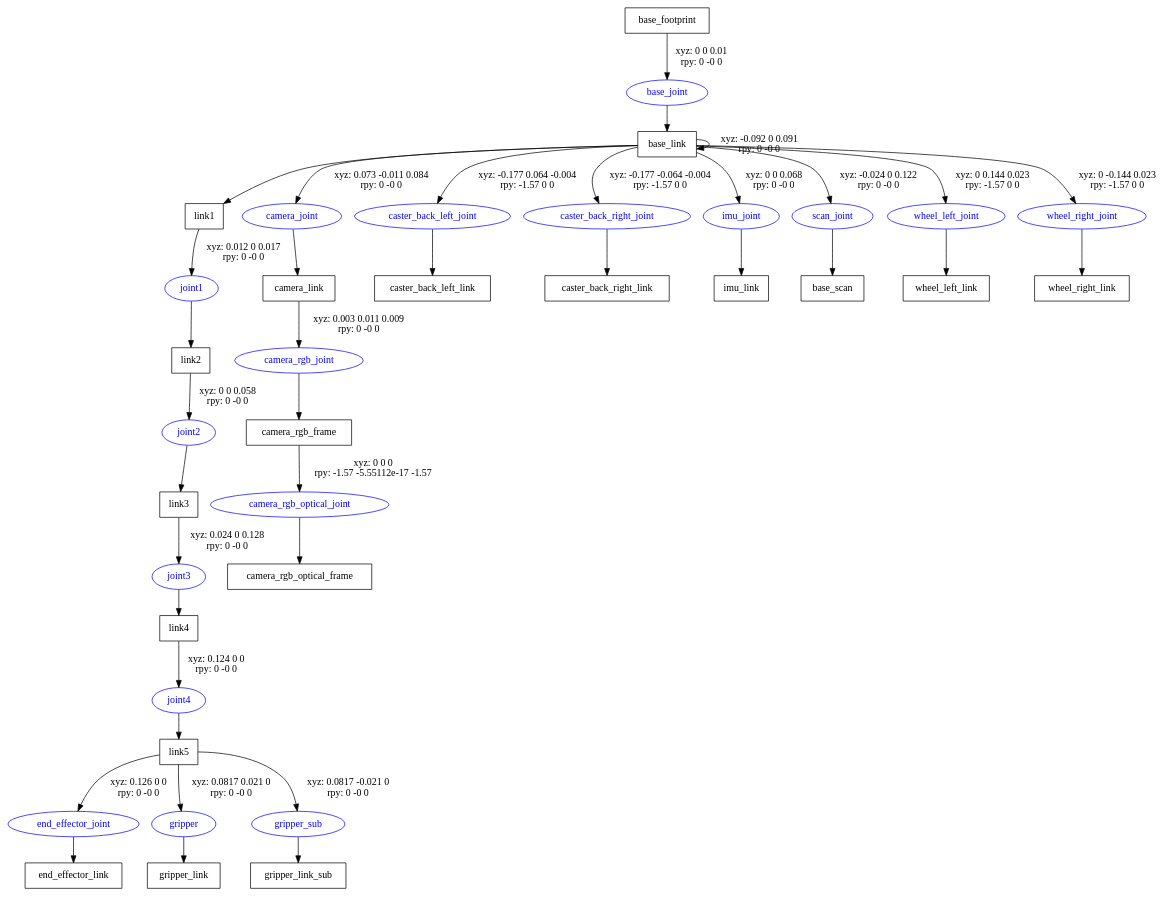
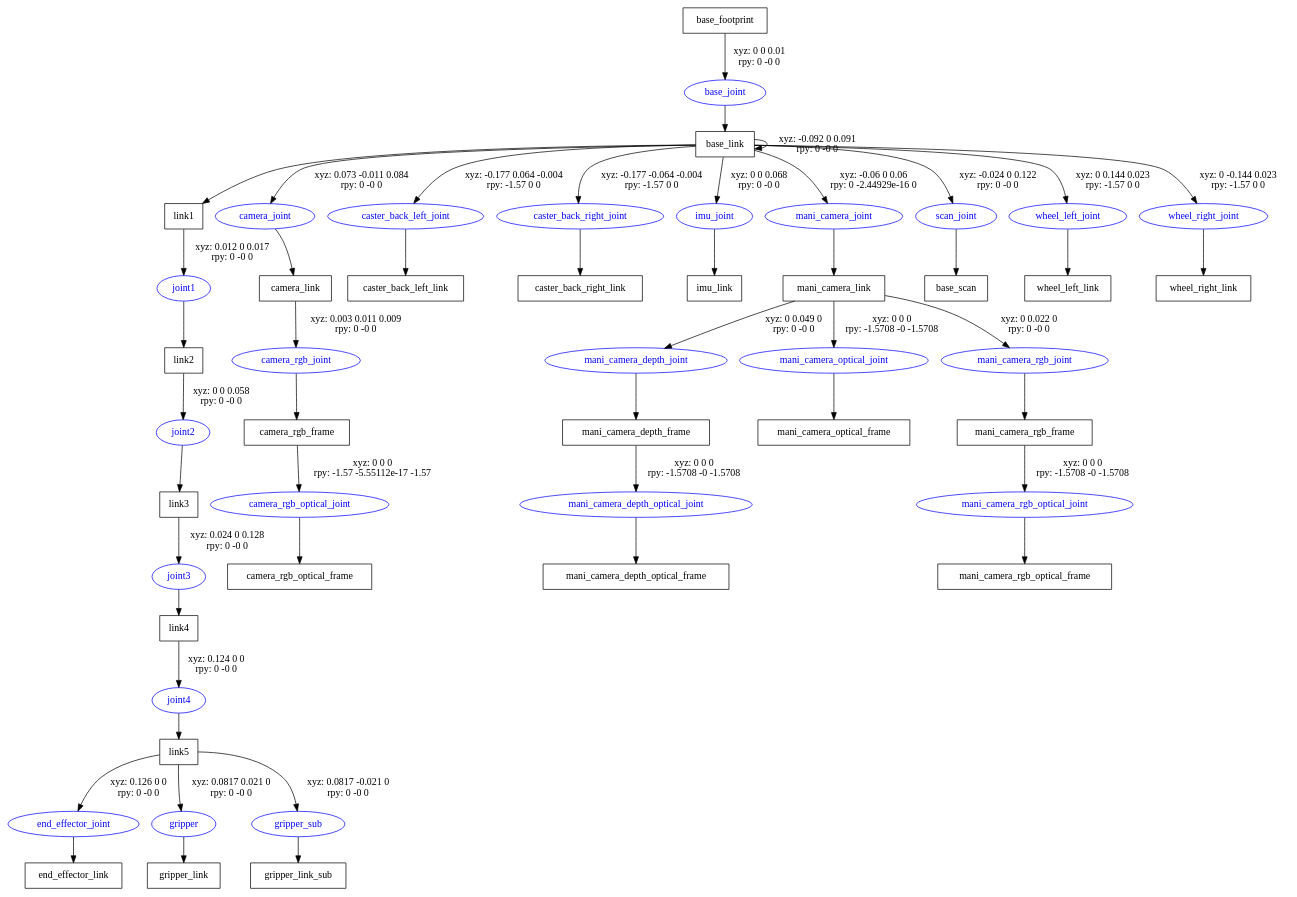
One commit to 98kje/CJU_MASTER changed the diagram in vuasrl_ws/src/tugcar_description/urdf/robot_arm/smart_tugcar.gv. Above: the diagram before and after it, drawn with Graphviz. The commit also changed 2 other files, not shown here.

```diff
--- a/vuasrl_ws/src/tugcar_description/urdf/robot_arm/smart_tugcar.gv
+++ b/vuasrl_ws/src/tugcar_description/urdf/robot_arm/smart_tugcar.gv
@@ -1,59 +1,77 @@
 digraph G {
 node [shape=box];
 "base_footprint" [label="base_footprint"];
 "base_link" [label="base_link"];
 "link1" [label="link1"];
 "link2" [label="link2"];
 "link3" [label="link3"];
 "link4" [label="link4"];
 "link5" [label="link5"];
 "end_effector_link" [label="end_effector_link"];
 "gripper_link" [label="gripper_link"];
 "gripper_link_sub" [label="gripper_link_sub"];
 "camera_link" [label="camera_link"];
 "camera_rgb_frame" [label="camera_rgb_frame"];
 "camera_rgb_optical_frame" [label="camera_rgb_optical_frame"];
 "caster_back_left_link" [label="caster_back_left_link"];
 "caster_back_right_link" [label="caster_back_right_link"];
 "imu_link" [label="imu_link"];
+"mani_camera_link" [label="mani_camera_link"];
+"mani_camera_depth_frame" [label="mani_camera_depth_frame"];
+"mani_camera_depth_optical_frame" [label="mani_camera_depth_optical_frame"];
+"mani_camera_optical_frame" [label="mani_camera_optical_frame"];
+"mani_camera_rgb_frame" [label="mani_camera_rgb_frame"];
+"mani_camera_rgb_optical_frame" [label="mani_camera_rgb_optical_frame"];
 "base_scan" [label="base_scan"];
 "wheel_left_link" [label="wheel_left_link"];
 "wheel_right_link" [label="wheel_right_link"];
 node [shape=ellipse, color=blue, fontcolor=blue];
 "base_footprint" -> "base_joint" [label="xyz: 0 0 0.01 \nrpy: 0 -0 0"]
 "base_joint" -> "base_link"
 "base_link" -> "base_link" [label="xyz: -0.092 0 0.091 \nrpy: 0 -0 0"]
 "base_link" -> "link1"
 "link1" -> "joint1" [label="xyz: 0.012 0 0.017 \nrpy: 0 -0 0"]
 "joint1" -> "link2"
 "link2" -> "joint2" [label="xyz: 0 0 0.058 \nrpy: 0 -0 0"]
 "joint2" -> "link3"
 "link3" -> "joint3" [label="xyz: 0.024 0 0.128 \nrpy: 0 -0 0"]
 "joint3" -> "link4"
 "link4" -> "joint4" [label="xyz: 0.124 0 0 \nrpy: 0 -0 0"]
 "joint4" -> "link5"
 "link5" -> "end_effector_joint" [label="xyz: 0.126 0 0 \nrpy: 0 -0 0"]
 "end_effector_joint" -> "end_effector_link"
 "link5" -> "gripper" [label="xyz: 0.0817 0.021 0 \nrpy: 0 -0 0"]
 "gripper" -> "gripper_link"
 "link5" -> "gripper_sub" [label="xyz: 0.0817 -0.021 0 \nrpy: 0 -0 0"]
 "gripper_sub" -> "gripper_link_sub"
 "base_link" -> "camera_joint" [label="xyz: 0.073 -0.011 0.084 \nrpy: 0 -0 0"]
 "camera_joint" -> "camera_link"
 "camera_link" -> "camera_rgb_joint" [label="xyz: 0.003 0.011 0.009 \nrpy: 0 -0 0"]
 "camera_rgb_joint" -> "camera_rgb_frame"
 "camera_rgb_frame" -> "camera_rgb_optical_joint" [label="xyz: 0 0 0 \nrpy: -1.57 -5.55112e-17 -1.57"]
 "camera_rgb_optical_joint" -> "camera_rgb_optical_frame"
 "base_link" -> "caster_back_left_joint" [label="xyz: -0.177 0.064 -0.004 \nrpy: -1.57 0 0"]
 "caster_back_left_joint" -> "caster_back_left_link"
 "base_link" -> "caster_back_right_joint" [label="xyz: -0.177 -0.064 -0.004 \nrpy: -1.57 0 0"]
 "caster_back_right_joint" -> "caster_back_right_link"
 "base_link" -> "imu_joint" [label="xyz: 0 0 0.068 \nrpy: 0 -0 0"]
 "imu_joint" -> "imu_link"
+"base_link" -> "mani_camera_joint" [label="xyz: -0.06 0 0.06 \nrpy: 0 -2.44929e-16 0"]
+"mani_camera_joint" -> "mani_camera_link"
+"mani_camera_link" -> "mani_camera_depth_joint" [label="xyz: 0 0.049 0 \nrpy: 0 -0 0"]
+"mani_camera_depth_joint" -> "mani_camera_depth_frame"
+"mani_camera_depth_frame" -> "mani_camera_depth_optical_joint" [label="xyz: 0 0 0 \nrpy: -1.5708 -0 -1.5708"]
+"mani_camera_depth_optical_joint" -> "mani_camera_depth_optical_frame"
+"mani_camera_link" -> "mani_camera_optical_joint" [label="xyz: 0 0 0 \nrpy: -1.5708 -0 -1.5708"]
+"mani_camera_optical_joint" -> "mani_camera_optical_frame"
+"mani_camera_link" -> "mani_camera_rgb_joint" [label="xyz: 0 0.022 0 \nrpy: 0 -0 0"]
+"mani_camera_rgb_joint" -> "mani_camera_rgb_frame"
+"mani_camera_rgb_frame" -> "mani_camera_rgb_optical_joint" [label="xyz: 0 0 0 \nrpy: -1.5708 -0 -1.5708"]
+"mani_camera_rgb_optical_joint" -> "mani_camera_rgb_optical_frame"
 "base_link" -> "scan_joint" [label="xyz: -0.024 0 0.122 \nrpy: 0 -0 0"]
 "scan_joint" -> "base_scan"
 "base_link" -> "wheel_left_joint" [label="xyz: 0 0.144 0.023 \nrpy: -1.57 0 0"]
 "wheel_left_joint" -> "wheel_left_link"
 "base_link" -> "wheel_right_joint" [label="xyz: 0 -0.144 0.023 \nrpy: -1.57 0 0"]
 "wheel_right_joint" -> "wheel_right_link"
 }
```
